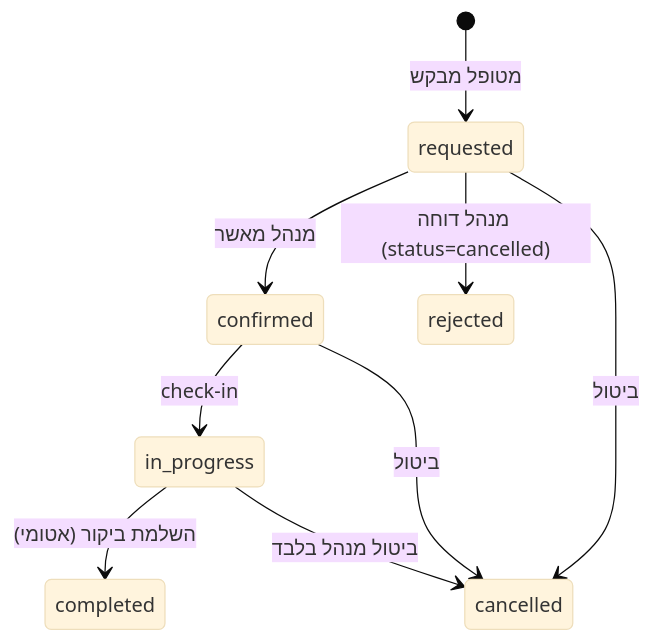
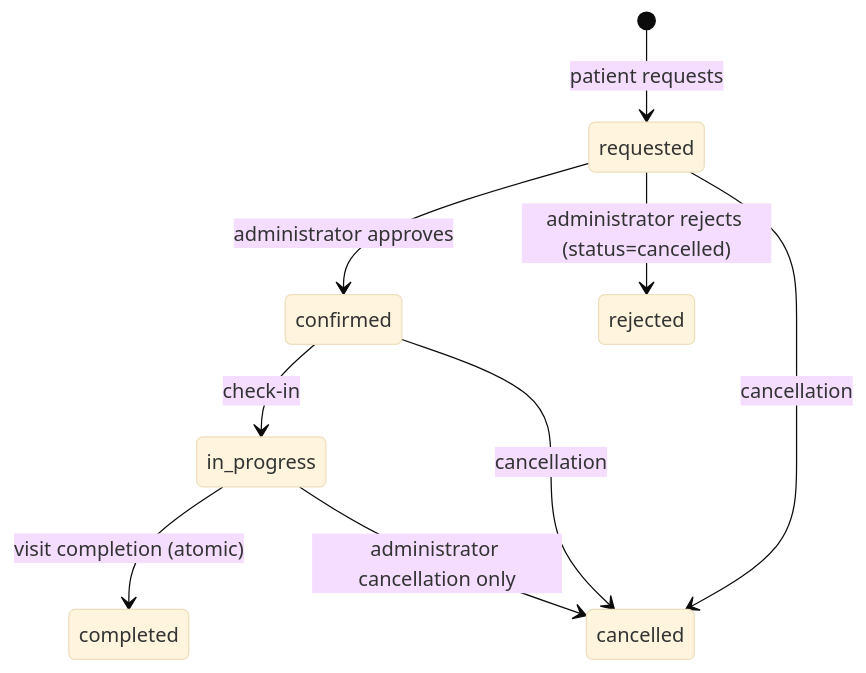
Before and after one commit to diabhelal/home-care-crm: the diagram in docs/SPECIFICATION.md, drawn with Mermaid (base theme). The commit also changed other lines of this file and 3 other files, not shown here.

````diff
--- a/docs/SPECIFICATION.md
+++ b/docs/SPECIFICATION.md
@@ -258,11 +258,11 @@
 ```mermaid
 stateDiagram-v2
-  [*] --> requested: מטופל מבקש
-  requested --> confirmed: מנהל מאשר
-  requested --> rejected: מנהל דוחה (status=cancelled)
+  [*] --> requested: patient requests
+  requested --> confirmed: administrator approves
+  requested --> rejected: administrator rejects (status=cancelled)
   confirmed --> in_progress: check-in
-  in_progress --> completed: השלמת ביקור (אטומי)
-  confirmed --> cancelled: ביטול
-  requested --> cancelled: ביטול
-  in_progress --> cancelled: ביטול מנהל בלבד
+  in_progress --> completed: visit completion (atomic)
+  confirmed --> cancelled: cancellation
+  requested --> cancelled: cancellation
+  in_progress --> cancelled: administrator cancellation only
 ```
````
